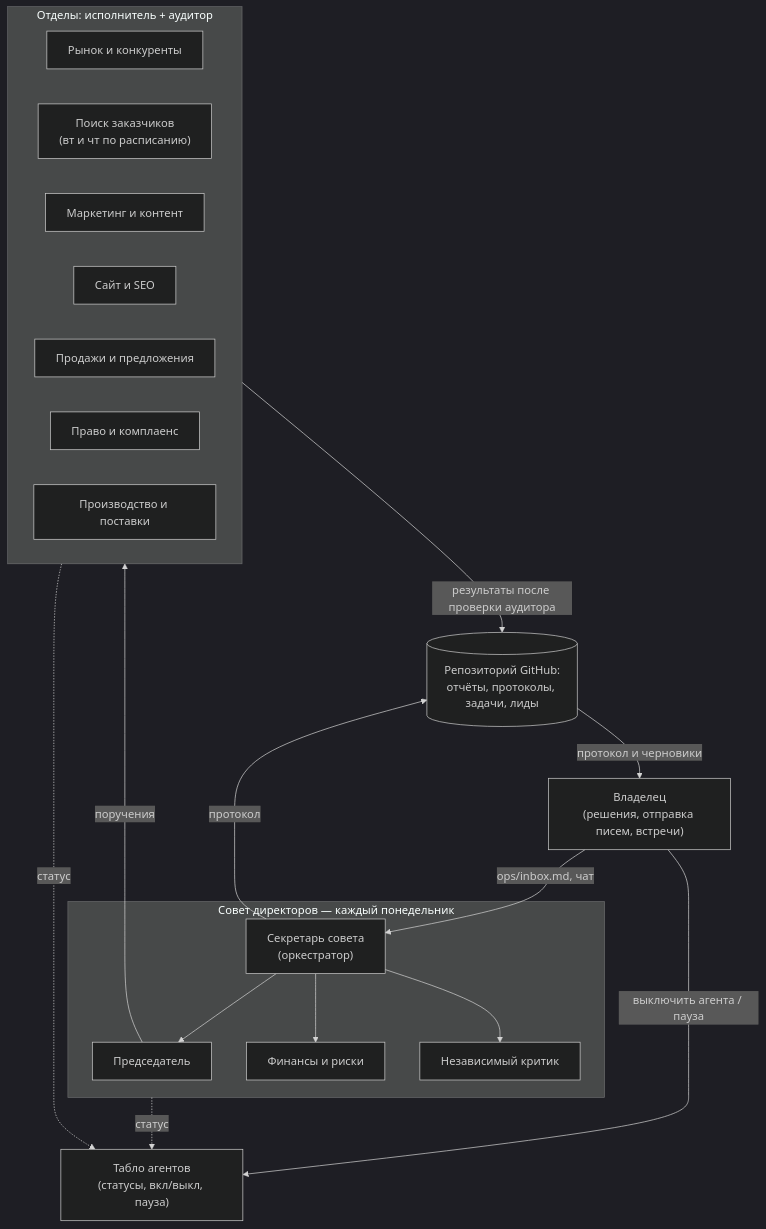
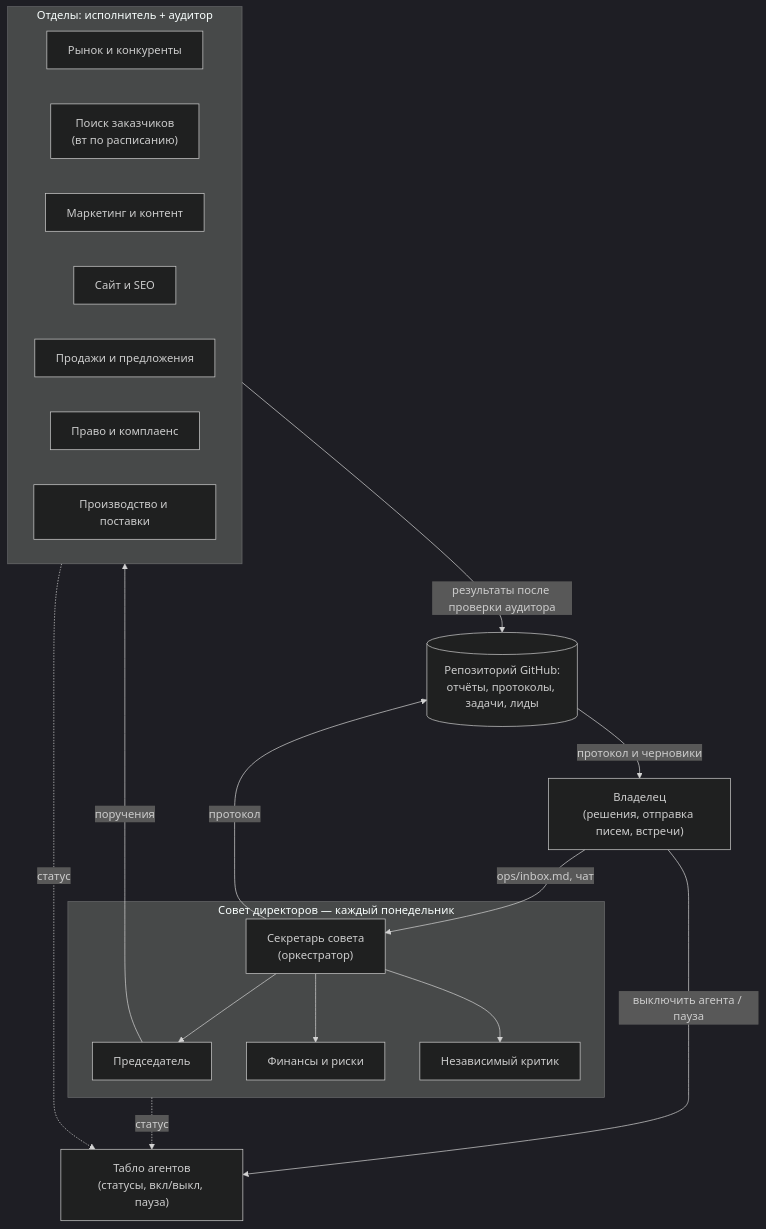
The diagram in agents/ARCHITECTURE.md (alex1989an-cell/Marketing_agent_01), drawn with Mermaid (dark theme) before and after one commit. The commit also changed other lines of this file and 3 other files, not shown here.

First line of the commit message:
Поиск заказчиков — раз в неделю (вт), внеочередные запуски по запросу владельца

````diff
--- a/agents/ARCHITECTURE.md
+++ b/agents/ARCHITECTURE.md
@@ -5,29 +5,29 @@
 ```mermaid
 flowchart TB
   OWNER["Владелец<br/>(решения, отправка писем, встречи)"]
   subgraph BOARD["Совет директоров — каждый понедельник"]
     CHAIR["Председатель"]
     CFO["Финансы и риски"]
     CRIT["Независимый критик"]
     SEC["Секретарь совета<br/>(оркестратор)"]
   end
   subgraph DEPTS["Отделы: исполнитель + аудитор"]
     M["Рынок и конкуренты"]
-    L["Поиск заказчиков<br/>(вт и чт по расписанию)"]
+    L["Поиск заказчиков<br/>(вт по расписанию)"]
     MK["Маркетинг и контент"]
     W["Сайт и SEO"]
     S["Продажи и предложения"]
     LG["Право и комплаенс"]
     SP["Производство и поставки"]
   end
   REPO[("Репозиторий GitHub:<br/>отчёты, протоколы, задачи, лиды")]
   DASH["Табло агентов<br/>(статусы, вкл/выкл, пауза)"]
   OWNER -- "ops/inbox.md, чат" --> SEC
   SEC --> CHAIR & CFO & CRIT
   CHAIR -- "поручения" --> DEPTS
   DEPTS -- "результаты после проверки аудитора" --> REPO
   SEC -- "протокол" --> REPO
   BOARD & DEPTS -. "статус" .-> DASH
   OWNER -- "выключить агента / пауза" --> DASH
   REPO -- "протокол и черновики" --> OWNER
 ```
````
